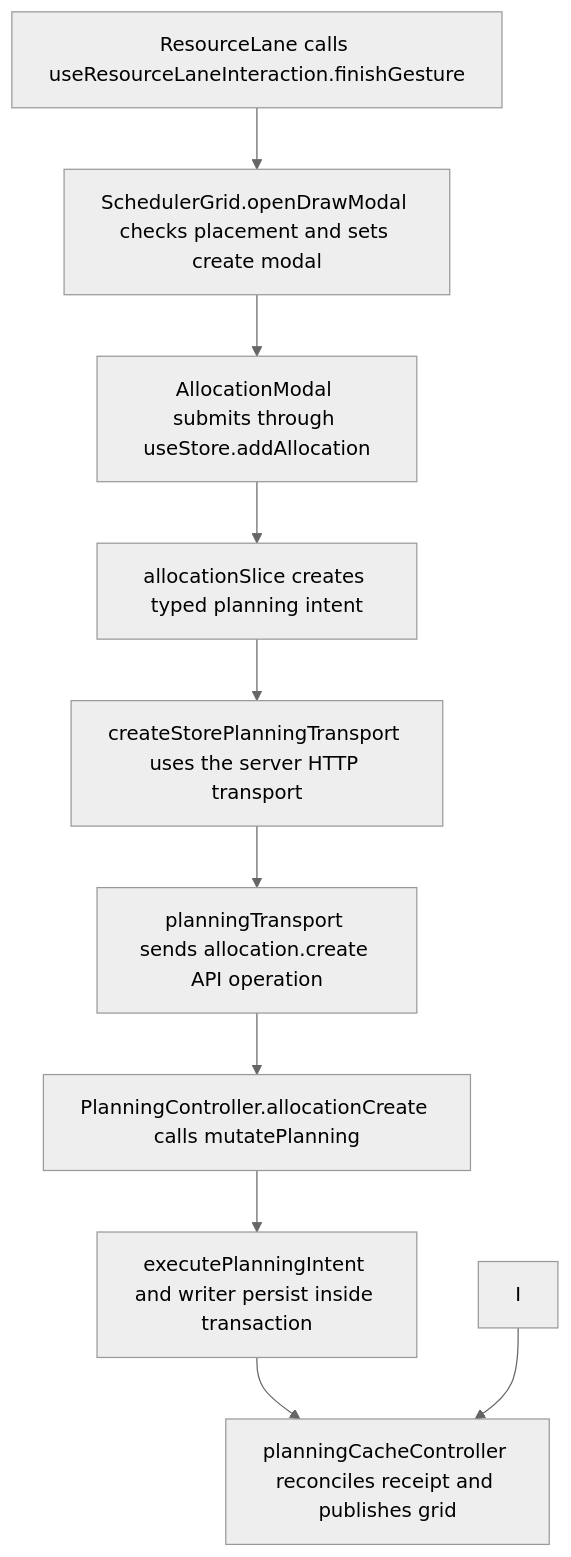
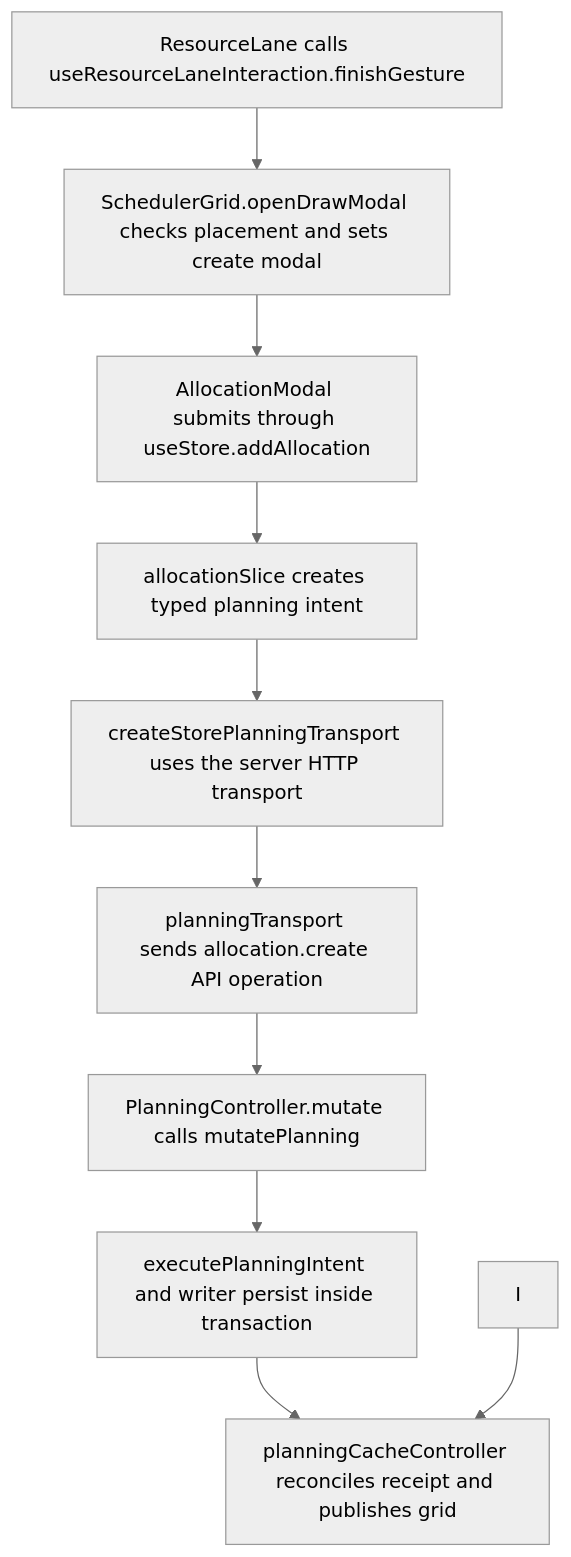
One commit to Kevinjohn/capacitylens changed the second of 2 diagrams in user-stories/scheduler/US-SCH-02-draw-allocation.md. Above: the diagram before and after it, drawn with Mermaid (neutral theme). The commit also changed 115 other files, not shown here.

````diff
--- a/user-stories/scheduler/US-SCH-02-draw-allocation.md
+++ b/user-stories/scheduler/US-SCH-02-draw-allocation.md
@@ -39,12 +39,12 @@
 ```mermaid
 flowchart TD
   A["ResourceLane calls useResourceLaneInteraction.finishGesture"] --> B["SchedulerGrid.openDrawModal checks placement and sets create modal"]
   B --> C["AllocationModal submits through useStore.addAllocation"]
   C --> D["allocationSlice creates typed planning intent"]
   D --> E["createStorePlanningTransport uses the server HTTP transport"]
   E --> F["planningTransport sends allocation.create API operation"]
-  F --> G["PlanningController.allocationCreate calls mutatePlanning"]
+  F --> G["PlanningController.mutate calls mutatePlanning"]
   G --> H["executePlanningIntent and writer persist inside transaction"]
   H --> J["planningCacheController reconciles receipt and publishes grid"]
   I --> J
 ```
````
